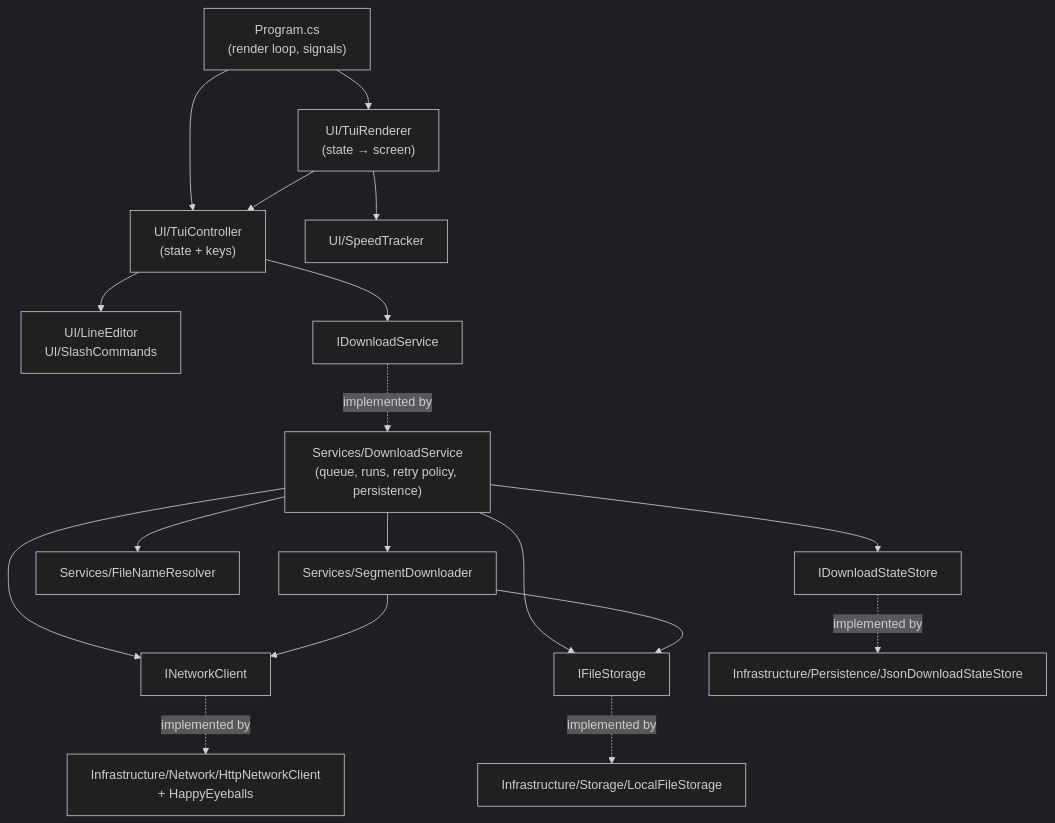
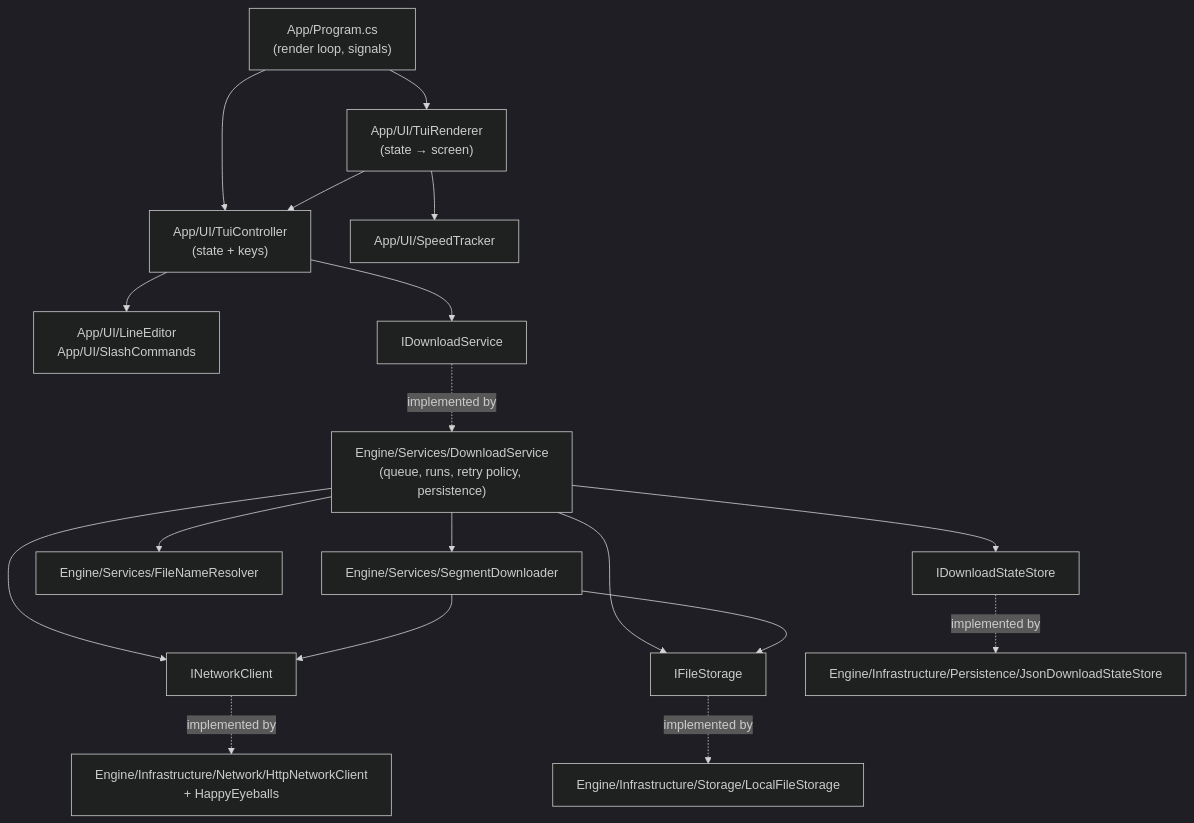
The first of 3 diagrams in docs/ARCHITECTURE.md (Parth2500/Sleipnir), drawn with Mermaid (dark theme) before and after one commit. The commit also changed other lines of this file and 6 other files, not shown here.

````diff
--- a/docs/ARCHITECTURE.md
+++ b/docs/ARCHITECTURE.md
@@ -14,20 +14,20 @@
 ```mermaid
 flowchart TD
-    Program["Program.cs<br/>(render loop, signals)"] --> TC["UI/TuiController<br/>(state + keys)"]
-    Program --> TR["UI/TuiRenderer<br/>(state → screen)"]
-    TC --> LE["UI/LineEditor<br/>UI/SlashCommands"]
+    Program["App/Program.cs<br/>(render loop, signals)"] --> TC["App/UI/TuiController<br/>(state + keys)"]
+    Program --> TR["App/UI/TuiRenderer<br/>(state → screen)"]
+    TC --> LE["App/UI/LineEditor<br/>App/UI/SlashCommands"]
     TR --> TC
-    TR --> SPD["UI/SpeedTracker"]
+    TR --> SPD["App/UI/SpeedTracker"]
     TC --> IDS["IDownloadService"]
-    IDS -.implemented by.-> DS["Services/DownloadService<br/>(queue, runs, retry policy, persistence)"]
-    DS --> SD["Services/SegmentDownloader"]
-    DS --> FNR["Services/FileNameResolver"]
+    IDS -.implemented by.-> DS["Engine/Services/DownloadService<br/>(queue, runs, retry policy, persistence)"]
+    DS --> SD["Engine/Services/SegmentDownloader"]
+    DS --> FNR["Engine/Services/FileNameResolver"]
     DS --> INC["INetworkClient"]
     DS --> IFS["IFileStorage"]
     DS --> ISS["IDownloadStateStore"]
     SD --> INC
     SD --> IFS
-    INC -.implemented by.-> HNC["Infrastructure/Network/HttpNetworkClient<br/>+ HappyEyeballs"]
-    IFS -.implemented by.-> LFS["Infrastructure/Storage/LocalFileStorage"]
-    ISS -.implemented by.-> JSS["Infrastructure/Persistence/JsonDownloadStateStore"]
+    INC -.implemented by.-> HNC["Engine/Infrastructure/Network/HttpNetworkClient<br/>+ HappyEyeballs"]
+    IFS -.implemented by.-> LFS["Engine/Infrastructure/Storage/LocalFileStorage"]
+    ISS -.implemented by.-> JSS["Engine/Infrastructure/Persistence/JsonDownloadStateStore"]
 ```
````
